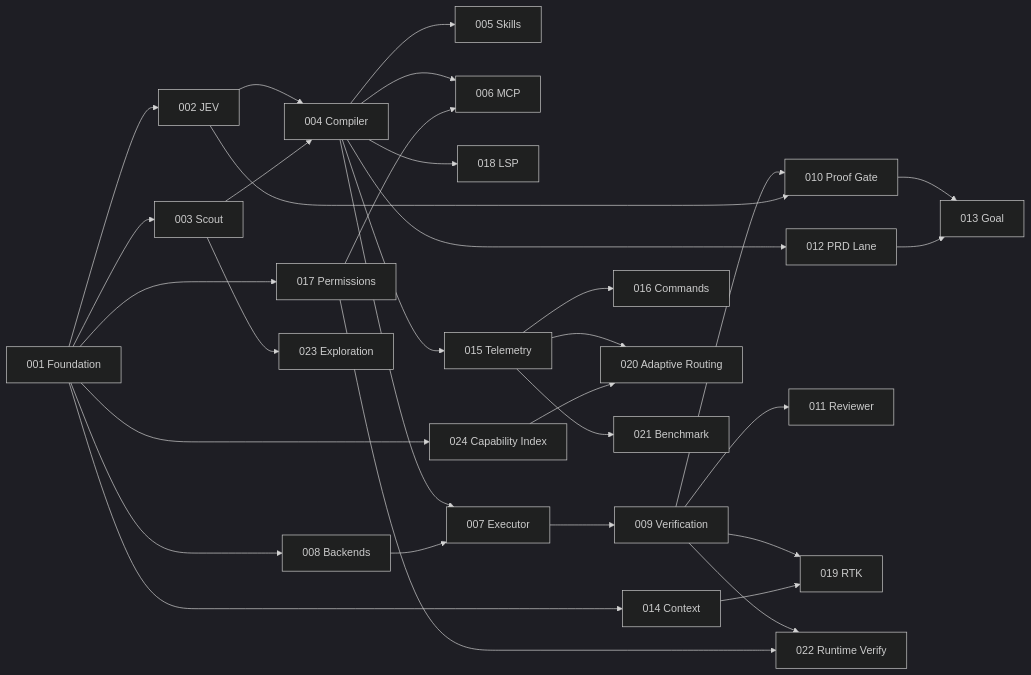
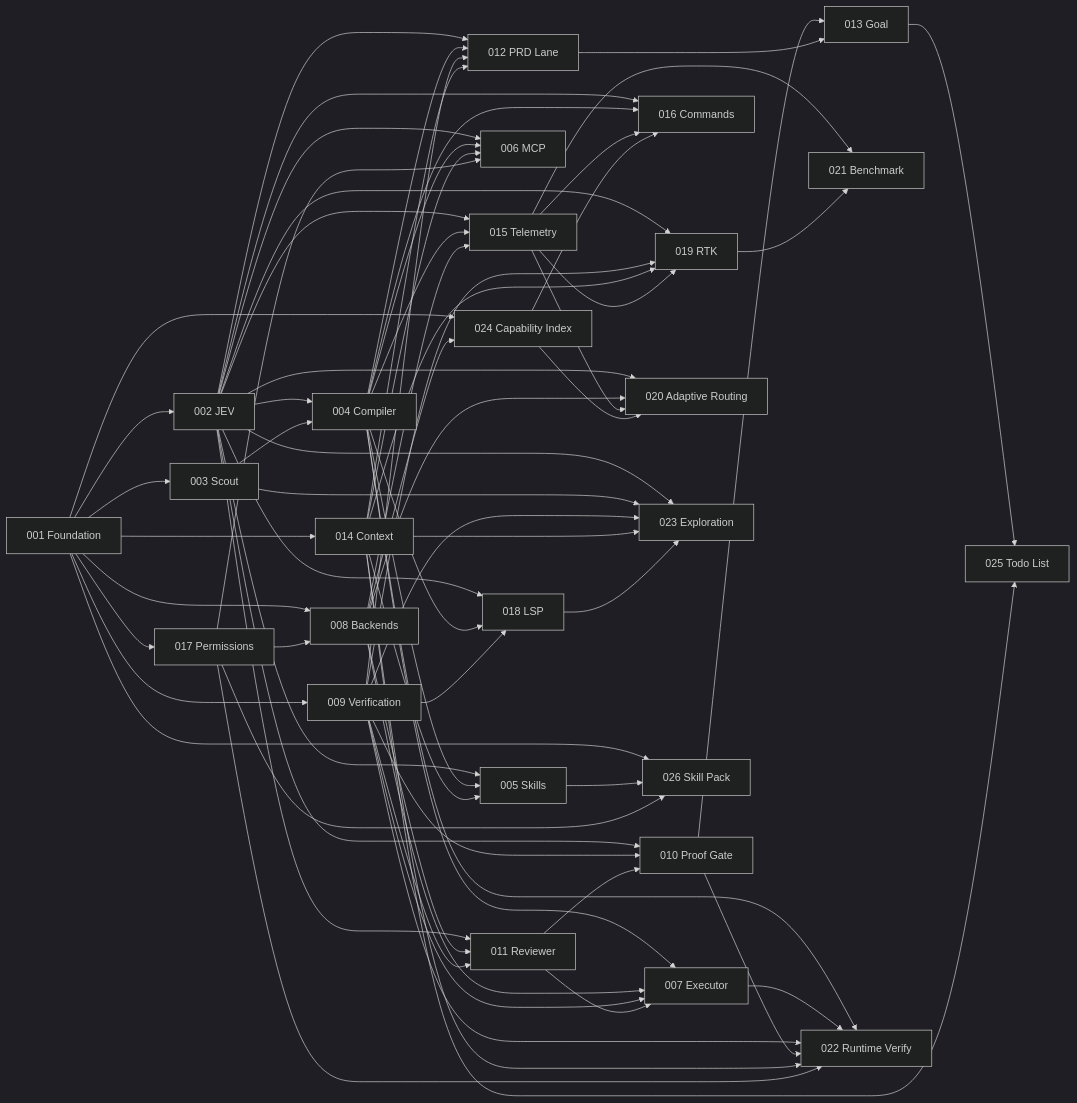
One commit to jonit-dev/lean-pi changed the diagram in docs/PRDs/v1/INDEX.md. Above: the diagram before and after it, drawn with Mermaid (dark theme). The commit also changed other lines of this file and 30 other files, not shown here.

First line of the commit message:
docs(prds): complete 26-PRD slice of the v1 roadmap

````diff
--- a/docs/PRDs/v1/INDEX.md
+++ b/docs/PRDs/v1/INDEX.md
@@ -40,34 +44,73 @@
 ```mermaid
 flowchart LR
   P001[001 Foundation] --> P002[002 JEV]
   P001 --> P003[003 Scout]
   P001 --> P008[008 Backends]
+  P017 --> P008
+  P001 --> P009[009 Verification]
   P001 --> P014[014 Context]
   P001 --> P017[017 Permissions]
+  P001 --> P024[024 Capability Index]
+  P008 --> P024
   P002 --> P004[004 Compiler]
   P003 --> P004
-  P004 --> P005[005 Skills]
-  P004 --> P006[006 MCP]
+  P002 --> P011[011 Reviewer]
+  P008 --> P011
+  P009 --> P011
+  P002 --> P005[005 Skills]
+  P004 --> P005
+  P014 --> P005
+  P002 --> P006[006 MCP]
+  P004 --> P006
+  P014 --> P006
   P017 --> P006
-  P004 --> P012[012 PRD Lane]
-  P004 --> P018[018 LSP]
   P004 --> P007[007 Executor]
   P008 --> P007
-  P007 --> P009[009 Verification]
-  P009 --> P010[010 Proof Gate]
-  P002 --> P010
-  P009 --> P011[011 Reviewer]
+  P009 --> P007
+  P011 --> P007
+  P002 --> P010[010 Proof Gate]
+  P009 --> P010
+  P011 --> P010
+  P002 --> P012[012 PRD Lane]
+  P004 --> P012
+  P009 --> P012
+  P014 --> P012
+  P002 --> P015[015 Telemetry]
+  P004 --> P015
+  P008 --> P015
+  P002 --> P018[018 LSP]
+  P004 --> P018
+  P009 --> P018
   P010 --> P013[013 Goal]
   P012 --> P013
-  P004 --> P015[015 Telemetry]
-  P015 --> P016[016 Commands]
-  P009 --> P019[019 RTK]
+  P002 --> P016[016 Commands]
+  P004 --> P016
+  P015 --> P016
+  P024 --> P016
+  P002 --> P019[019 RTK]
+  P009 --> P019
   P014 --> P019
-  P015 --> P020[020 Adaptive Routing]
-  P024[024 Capability Index] --> P020
+  P015 --> P019
+  P002 --> P020[020 Adaptive Routing]
+  P008 --> P020
+  P015 --> P020
+  P024 --> P020
   P015 --> P021[021 Benchmark]
-  P009 --> P022[022 Runtime Verify]
+  P019 --> P021
+  P004 --> P022[022 Runtime Verify]
+  P007 --> P022
+  P009 --> P022
+  P010 --> P022
+  P014 --> P022
   P017 --> P022
-  P003 --> P023[023 Exploration]
-  P001 --> P024
+  P002 --> P023[023 Exploration]
+  P003 --> P023
+  P009 --> P023
+  P014 --> P023
+  P018 --> P023
+  P013 --> P025[025 Todo List]
+  P014 --> P025
+  P001 --> P026[026 Skill Pack]
+  P005 --> P026
+  P017 --> P026
 ```
````
